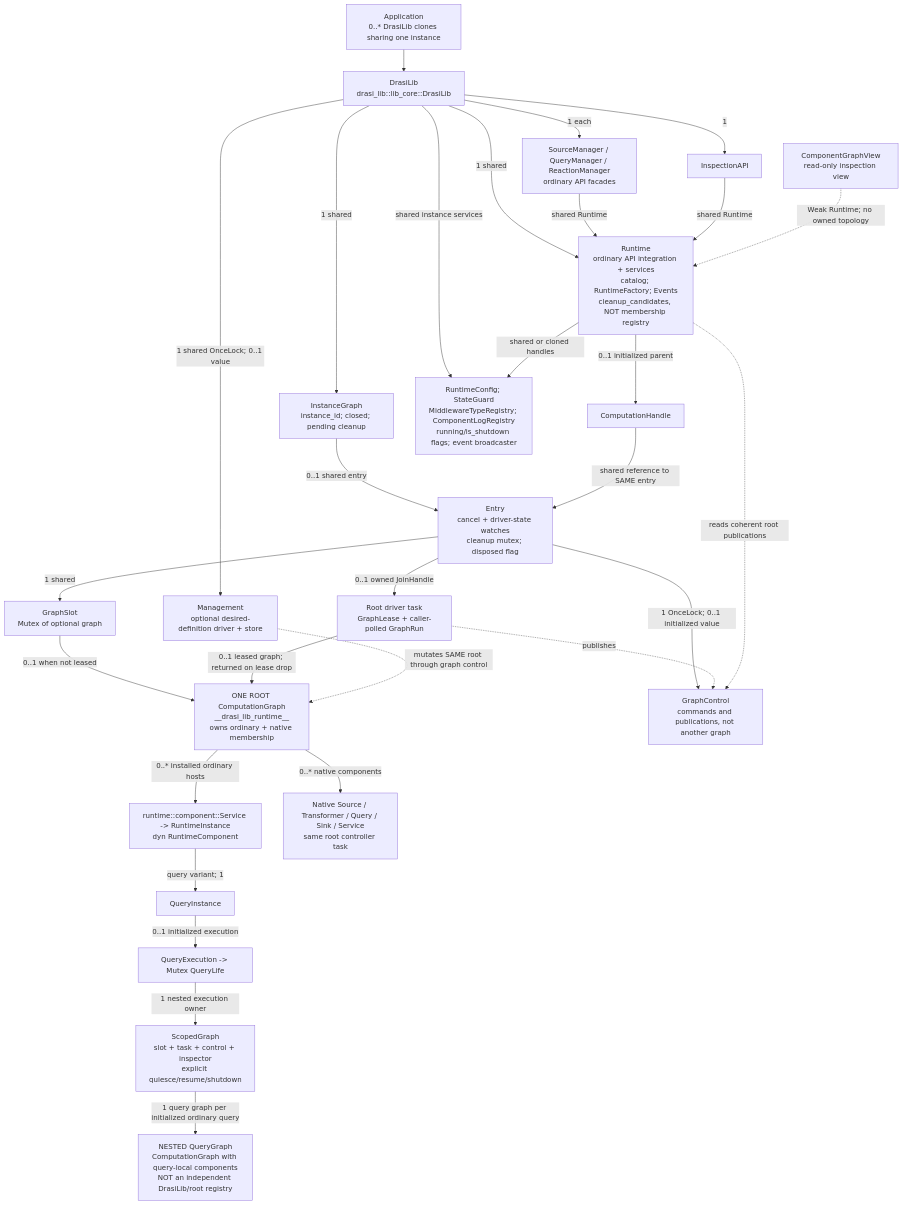
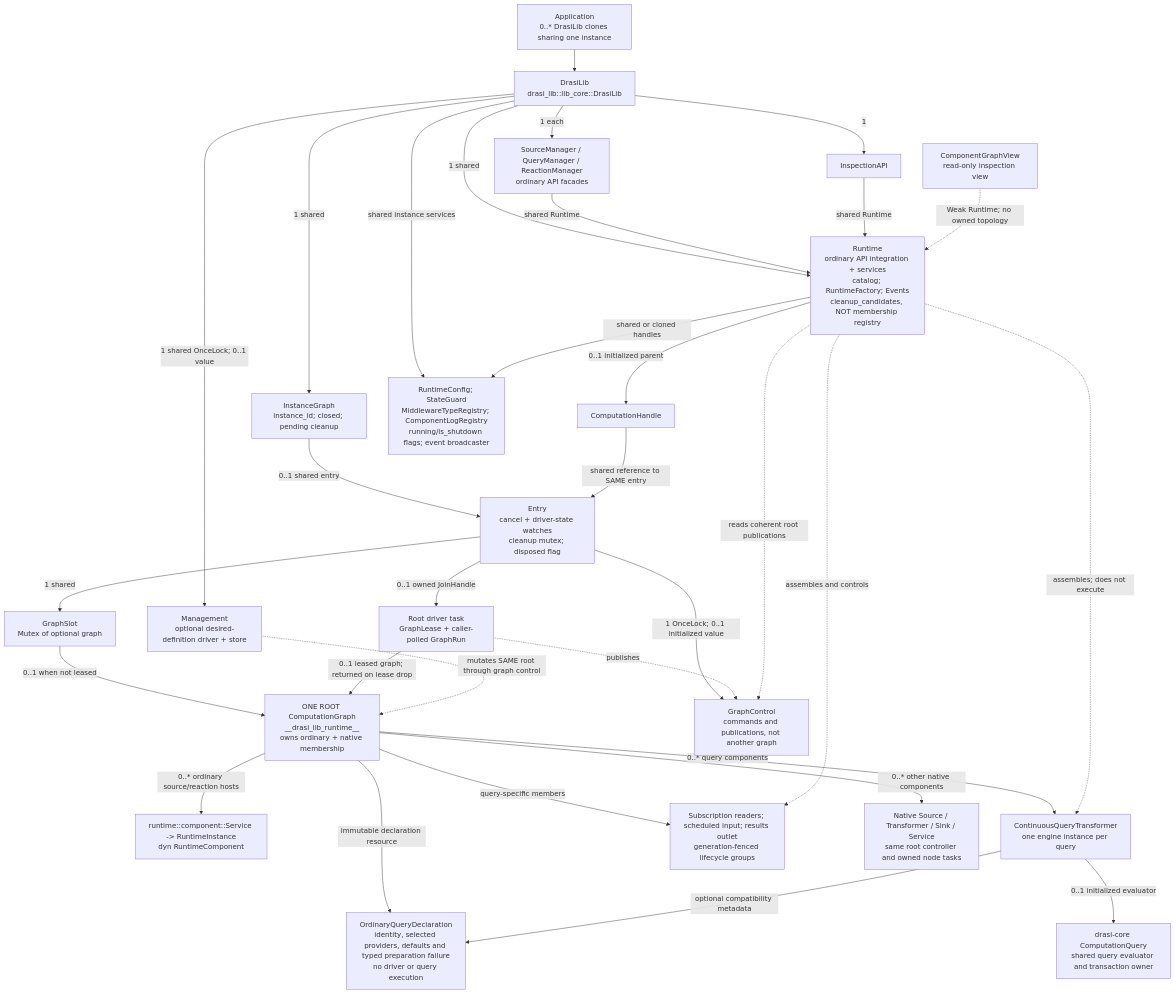
The first of 3 diagrams in lib/docs/runtime-architecture.md (drasi-project/drasi-core), drawn with Mermaid before and after one commit. The commit also changed other lines of this file and 60 other files, not shown here.

First line of the commit message:
refactor: consolidate computation graph query hosting

````diff
--- a/lib/docs/runtime-architecture.md
+++ b/lib/docs/runtime-architecture.md
@@ -39,34 +40,37 @@
 ```mermaid
 flowchart TB
   app["Application<br/>0..* DrasiLib clones sharing one instance"]
   lib["DrasiLib<br/>drasi_lib::lib_core::DrasiLib"]
   app --> lib
   lib -->|"1 shared"| owner["InstanceGraph<br/>instance_id; closed; pending cleanup"]
   owner -->|"0..1 shared entry"| entry["Entry<br/>cancel + driver-state watches<br/>cleanup mutex; disposed flag"]
   entry -->|"1 shared"| slot["GraphSlot<br/>Mutex of optional graph"]
   entry -->|"0..1 owned JoinHandle"| driver["Root driver task<br/>GraphLease + caller-polled GraphRun"]
   slot -->|"0..1 when not leased"| root["ONE ROOT ComputationGraph<br/>__drasi_lib_runtime__<br/>owns ordinary + native membership"]
   driver -->|"0..1 leased graph; returned on lease drop"| root
   entry -->|"1 OnceLock; 0..1 initialized value"| ctl["GraphControl<br/>commands and publications, not another graph"]
   driver -.->|"publishes"| ctl
   lib -->|"1 shared"| runtime["Runtime<br/>ordinary API integration + services<br/>catalog; RuntimeFactory; Events<br/>cleanup_candidates, NOT membership registry"]
   runtime -->|"0..1 initialized parent"| handle["ComputationHandle"]
   handle -->|"shared reference to SAME entry"| entry
   lib -->|"1 each"| facades["SourceManager / QueryManager / ReactionManager<br/>ordinary API facades"]
   facades -->|"shared Runtime"| runtime
   lib -->|"1"| inspect["InspectionAPI"]
   inspect -->|"shared Runtime"| runtime
   view["ComponentGraphView<br/>read-only inspection view"]
   view -.->|"Weak Runtime; no owned topology"| runtime
   runtime -.->|"reads coherent root publications"| ctl
   lib -->|"1 shared OnceLock; 0..1 value"| management["Management<br/>optional desired-definition driver + store"]
   management -.->|"mutates SAME root through graph control"| root
   lib -->|"shared instance services"| services["RuntimeConfig; StateGuard<br/>MiddlewareTypeRegistry; ComponentLogRegistry<br/>running/is_shutdown flags; event broadcaster"]
   runtime -->|"shared or cloned handles"| services
-  root -->|"0..* installed ordinary hosts"| host["runtime::component::Service -> RuntimeInstance<br/>dyn RuntimeComponent"]
-  host -->|"query variant; 1"| query["QueryInstance"]
-  query -->|"0..1 initialized execution"| execution["QueryExecution -> Mutex QueryLife"]
-  execution -->|"1 nested execution owner"| scoped["ScopedGraph<br/>slot + task + control + inspector<br/>explicit quiesce/resume/shutdown"]
-  scoped -->|"1 query graph per initialized ordinary query"| nested["NESTED QueryGraph<br/>ComputationGraph with query-local components<br/>NOT an independent DrasiLib/root registry"]
-  root -->|"0..* native components"| native["Native Source / Transformer / Query / Sink / Service<br/>same root controller task"]
+  root -->|"0..* ordinary source/reaction hosts"| host["runtime::component::Service -> RuntimeInstance<br/>dyn RuntimeComponent"]
+  root -->|"0..* query components"| query["ContinuousQueryTransformer<br/>one engine instance per query"]
+  query -->|"0..1 initialized evaluator"| engine["drasi-core ComputationQuery<br/>shared query evaluator and transaction owner"]
+  root -->|"query-specific members"| helpers["Subscription readers; scheduled input; results outlet<br/>generation-fenced lifecycle groups"]
+  runtime -.->|"assembles; does not execute"| query
+  runtime -.->|"assembles and controls"| helpers
+  root -->|"immutable declaration resource"| declaration["OrdinaryQueryDeclaration<br/>identity, selected providers, defaults and typed preparation failure<br/>no driver or query execution"]
+  query -->|"optional compatibility metadata"| declaration
+  root -->|"0..* other native components"| native["Native Source / Transformer / Sink / Service<br/>same root controller and owned node tasks"]
 ```
````
